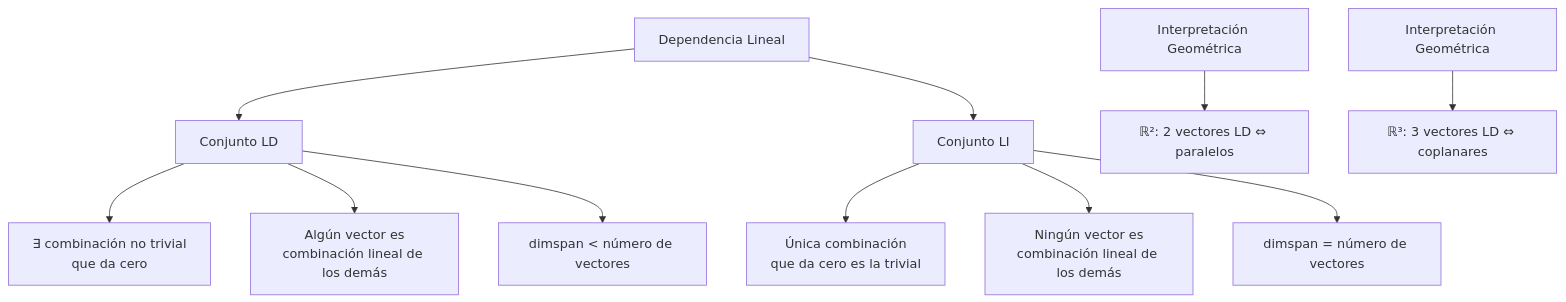
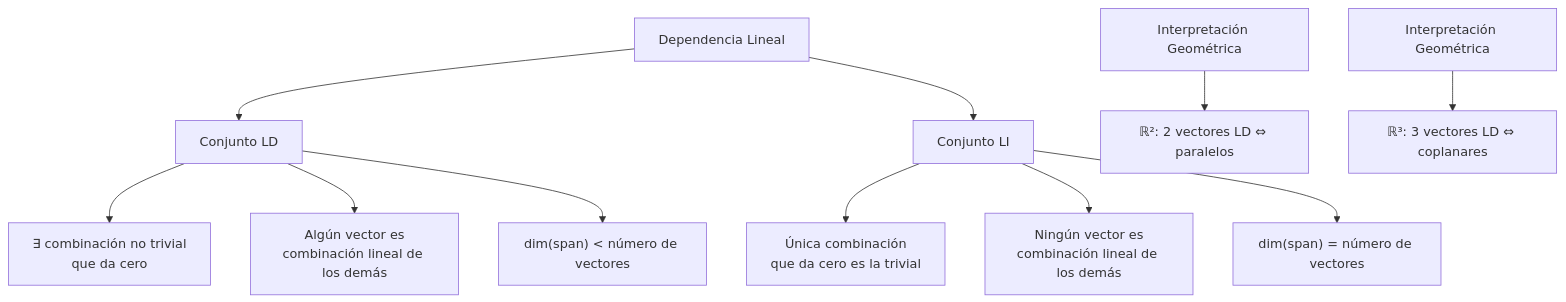
One commit to djaimej/computer-science-template changed the first of 3 diagrams in public/documents/semester-3/1/3114.md. Above: the diagram before and after it, drawn with Mermaid. The commit also changed other lines of this file and 34 other files, not shown here.

````diff
--- a/public/documents/semester-3/1/3114.md
+++ b/public/documents/semester-3/1/3114.md
@@ -31,20 +35,20 @@
 ```mermaid
 flowchart TD
     A[Dependencia Lineal] --> B[Conjunto LD]
     A --> C[Conjunto LI]
 
     B --> D[∃ combinación no trivial<br>que da cero]
     B --> E[Algún vector es<br>combinación lineal de los demás]
-    B --> F[dimspan < número de vectores]
+    B --> F["dim(span) < número de vectores"]
 
     C --> G[Única combinación<br>que da cero es la trivial]
     C --> H[Ningún vector es<br>combinación lineal de los demás]
-    C --> I[dimspan = número de vectores]
+    C --> I["dim(span) = número de vectores"]
 
     J[Interpretación Geométrica] --> K[ℝ²: 2 vectores LD ⇔ paralelos]
     L[Interpretación Geométrica] --> M[ℝ³: 3 vectores LD ⇔ coplanares]
 
     D:::lazuli
     G:::purple
     K:::razzmatazz
 ```
````
